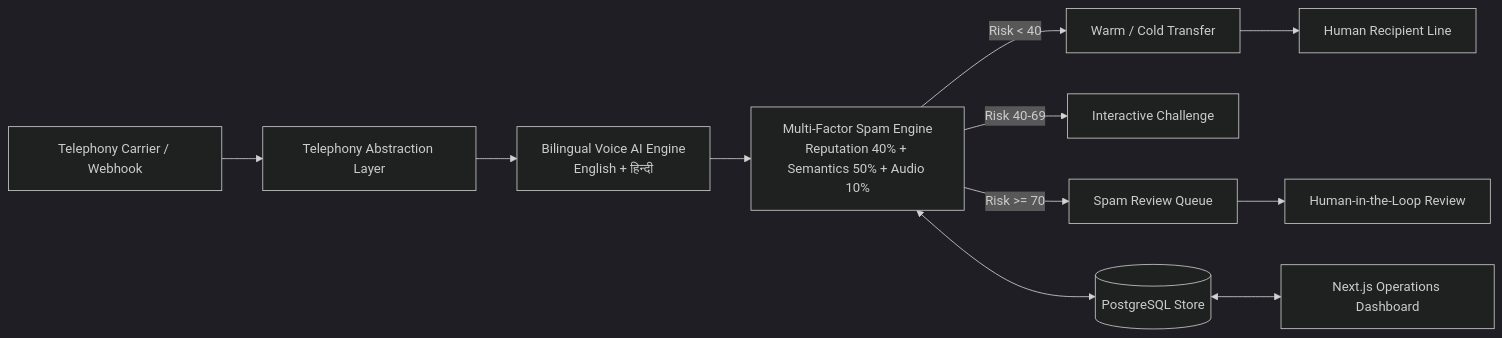
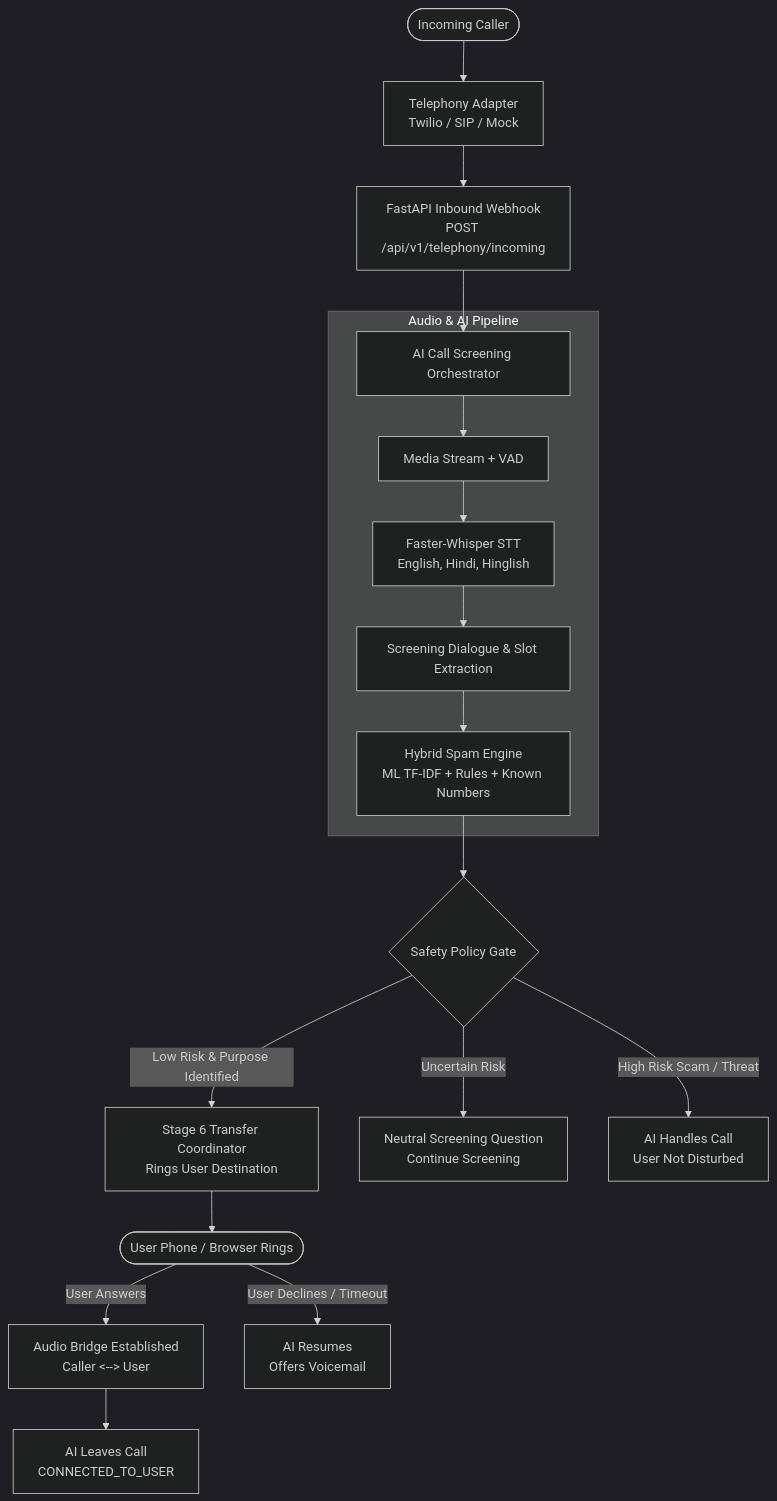
Before and after one commit to Arjunsingh-ops/SpamDetectorModel: the diagram in ai-call-agent/README.md, drawn with Mermaid (dark theme). The commit also changed other lines of this file and 18 other files, not shown here.

Commit message:
feat: implement AI call screening, ML spam detection, safe call forwarding and smartphone UI

````diff
--- a/ai-call-agent/README.md
+++ b/ai-call-agent/README.md
@@ -10,15 +10,23 @@
 ```mermaid
-flowchart LR
-    Telephony[Telephony Carrier / Webhook] --> TAL[Telephony Abstraction Layer]
-    TAL --> VoiceAI[Bilingual Voice AI Engine\nEnglish + हिन्दी]
-    VoiceAI --> SpamEngine[Multi-Factor Spam Engine\nReputation 40% + Semantics 50% + Audio 10%]
+flowchart TD
+    Inbound([Incoming Caller]) --> TAL[Telephony Adapter\nTwilio / SIP / Mock]
+    TAL --> Webhook[FastAPI Inbound Webhook\nPOST /api/v1/telephony/incoming]
+    Webhook --> Screener[AI Call Screening Orchestrator]
     
-    SpamEngine -->|Risk < 40| Routing[Warm / Cold Transfer]
-    SpamEngine -->|Risk 40-69| Challenge[Interactive Challenge]
-    SpamEngine -->|Risk >= 70| Quarantine[Spam Review Queue]
-
-    Routing --> Recipient[Human Recipient Line]
-    Quarantine --> Operator[Human-in-the-Loop Review]
-    SpamEngine <--> DB[(PostgreSQL Store)]
-    DB <--> Dashboard[Next.js Operations Dashboard]
+    subgraph Audio & AI Pipeline
+        Screener --> Audio[Media Stream + VAD]
+        Audio --> STT[Faster-Whisper STT\nEnglish, Hindi, Hinglish]
+        STT --> Dialogue[Screening Dialogue & Slot Extraction]
+        Dialogue --> SpamEngine[Hybrid Spam Engine\nML TF-IDF + Rules + Known Numbers]
+    end
+    
+    SpamEngine --> Gate{Safety Policy Gate}
+    Gate -->|Low Risk & Purpose Identified| Forward[Stage 6 Transfer Coordinator\nRings User Destination]
+    Gate -->|Uncertain Risk| Followup[Neutral Screening Question\nContinue Screening]
+    Gate -->|High Risk Scam / Threat| Block[AI Handles Call\nUser Not Disturbed]
+    
+    Forward --> UserRing([User Phone / Browser Rings])
+    UserRing -->|User Answers| Bridge[Audio Bridge Established\nCaller <--> User]
+    Bridge --> AIExit[AI Leaves Call\nCONNECTED_TO_USER]
+    UserRing -->|User Declines / Timeout| Voicemail[AI Resumes\nOffers Voicemail]
 ```
````
